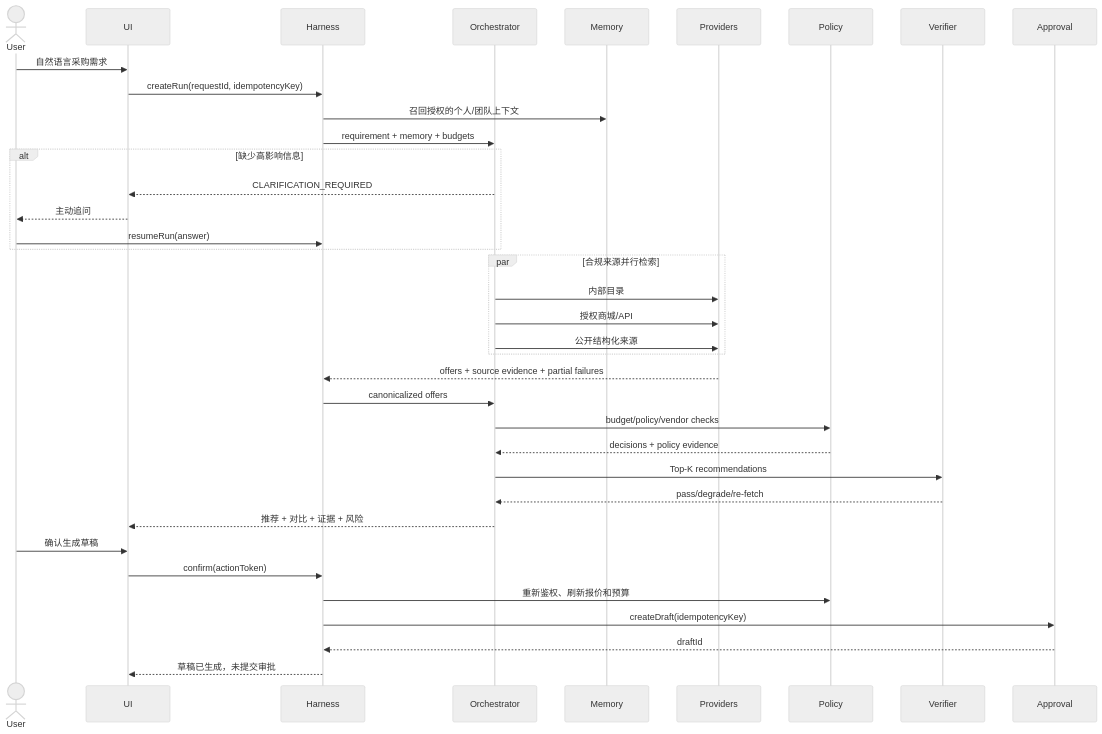
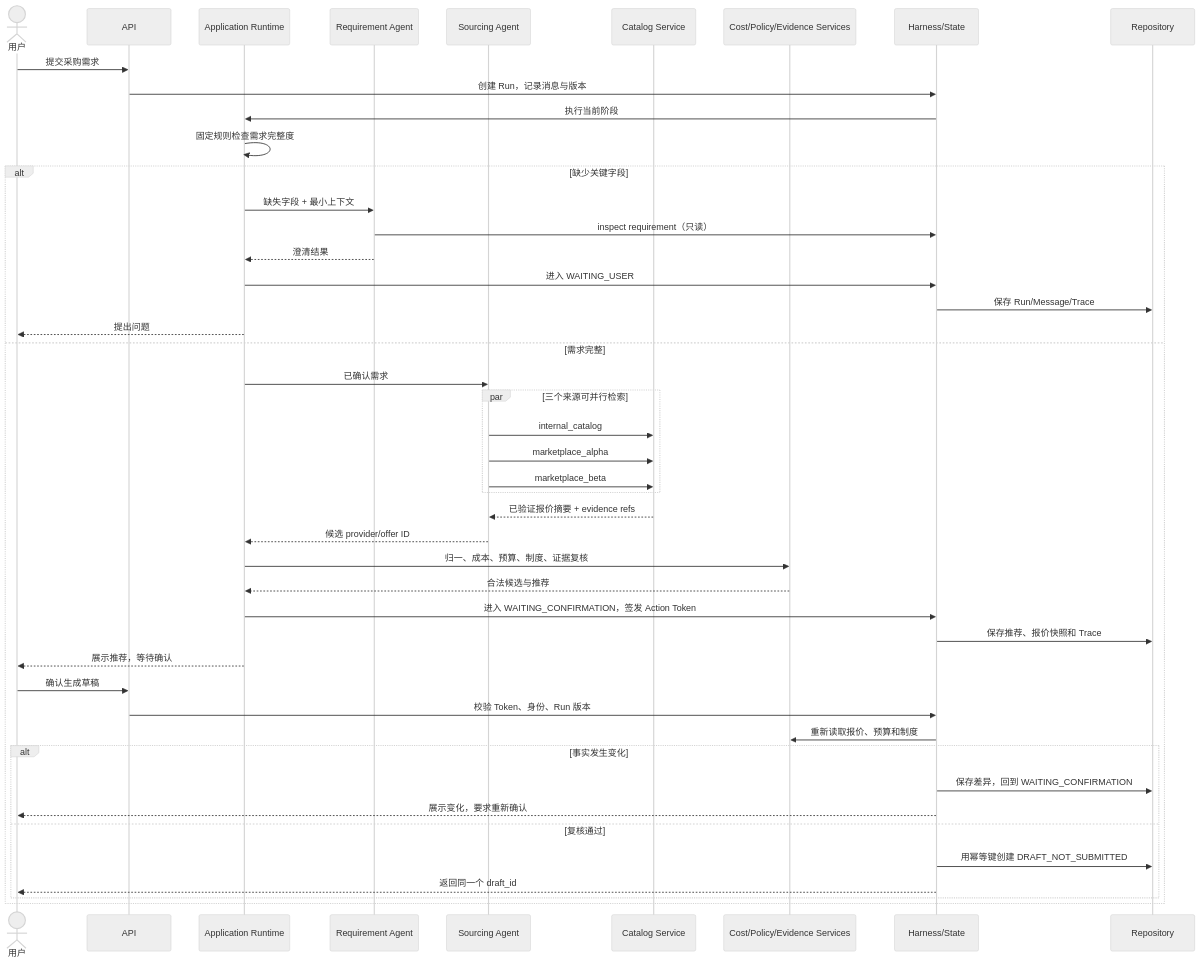
One commit to zxmEve/shopping-assistant changed the second of 2 diagrams in docs/02-architecture.md. Above: the diagram before and after it, drawn with Mermaid (neutral theme). The commit also changed other lines of this file and 80 other files, not shown here.

Commit message:
feat: complete two-agent runtime and structured memory

````diff
--- a/docs/02-architecture.md
+++ b/docs/02-architecture.md
@@ -172,40 +91,49 @@
 ```mermaid
 sequenceDiagram
-    actor User
-    participant UI
-    participant Harness
-    participant Orchestrator
-    participant Memory
-    participant Providers
-    participant Policy
-    participant Verifier
-    participant Approval
+    actor U as 用户
+    participant API as API
+    participant RT as Application Runtime
+    participant RA as Requirement Agent
+    participant SA as Sourcing Agent
+    participant CAT as Catalog Service
+    participant DS as Cost/Policy/Evidence Services
+    participant H as Harness/State
+    participant DB as Repository
 
-    User->>UI: 自然语言采购需求
-    UI->>Harness: createRun(requestId, idempotencyKey)
-    Harness->>Memory: 召回授权的个人/团队上下文
-    Harness->>Orchestrator: requirement + memory + budgets
-    alt 缺少高影响信息
-        Orchestrator-->>UI: CLARIFICATION_REQUIRED
-        UI-->>User: 主动追问
-        User->>Harness: resumeRun(answer)
+    U->>API: 提交采购需求
+    API->>H: 创建 Run，记录消息与版本
+    H->>RT: 执行当前阶段
+    RT->>RT: 固定规则检查需求完整度
+    alt 缺少关键字段
+        RT->>RA: 缺失字段 + 最小上下文
+        RA->>H: inspect requirement（只读）
+        RA-->>RT: 澄清结果
+        RT->>H: 进入 WAITING_USER
+        H->>DB: 保存 Run/Message/Trace
+        RT-->>U: 提出问题
+    else 需求完整
+        RT->>SA: 已确认需求
+        par 三个来源可并行检索
+            SA->>CAT: internal_catalog
+            SA->>CAT: marketplace_alpha
+            SA->>CAT: marketplace_beta
+        end
+        CAT-->>SA: 已验证报价摘要 + evidence refs
+        SA-->>RT: 候选 provider/offer ID
+        RT->>DS: 归一、成本、预算、制度、证据复核
+        DS-->>RT: 合法候选与推荐
+        RT->>H: 进入 WAITING_CONFIRMATION，签发 Action Token
+        H->>DB: 保存推荐、报价快照和 Trace
+        RT-->>U: 展示推荐，等待确认
+        U->>API: 确认生成草稿
+        API->>H: 校验 Token、身份、Run 版本
+        H->>DS: 重新读取报价、预算和制度
+        alt 事实发生变化
+            H->>DB: 保存差异，回到 WAITING_CONFIRMATION
+            H-->>U: 展示变化，要求重新确认
+        else 复核通过
+            H->>DB: 用幂等键创建 DRAFT_NOT_SUBMITTED
+            H-->>U: 返回同一个 draft_id
+        end
     end
-    par 合规来源并行检索
-        Orchestrator->>Providers: 内部目录
-        Orchestrator->>Providers: 授权商城/API
-        Orchestrator->>Providers: 公开结构化来源
-    end
-    Providers-->>Harness: offers + source evidence + partial failures
-    Harness->>Orchestrator: canonicalized offers
-    Orchestrator->>Policy: budget/policy/vendor checks
-    Policy-->>Orchestrator: decisions + policy evidence
-    Orchestrator->>Verifier: Top-K recommendations
-    Verifier-->>Orchestrator: pass/degrade/re-fetch
-    Orchestrator-->>UI: 推荐 + 对比 + 证据 + 风险
-    User->>UI: 确认生成草稿
-    UI->>Harness: confirm(actionToken)
-    Harness->>Policy: 重新鉴权、刷新报价和预算
-    Harness->>Approval: createDraft(idempotencyKey)
-    Approval-->>Harness: draftId
-    Harness-->>UI: 草稿已生成，未提交审批
 ```
````
